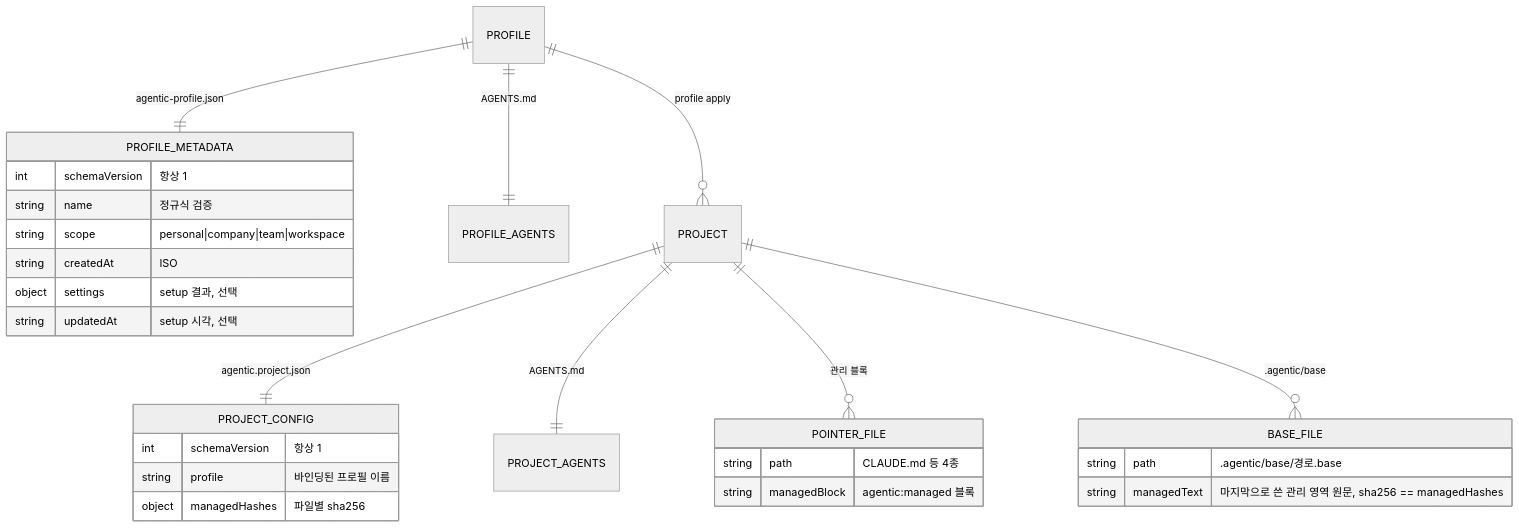
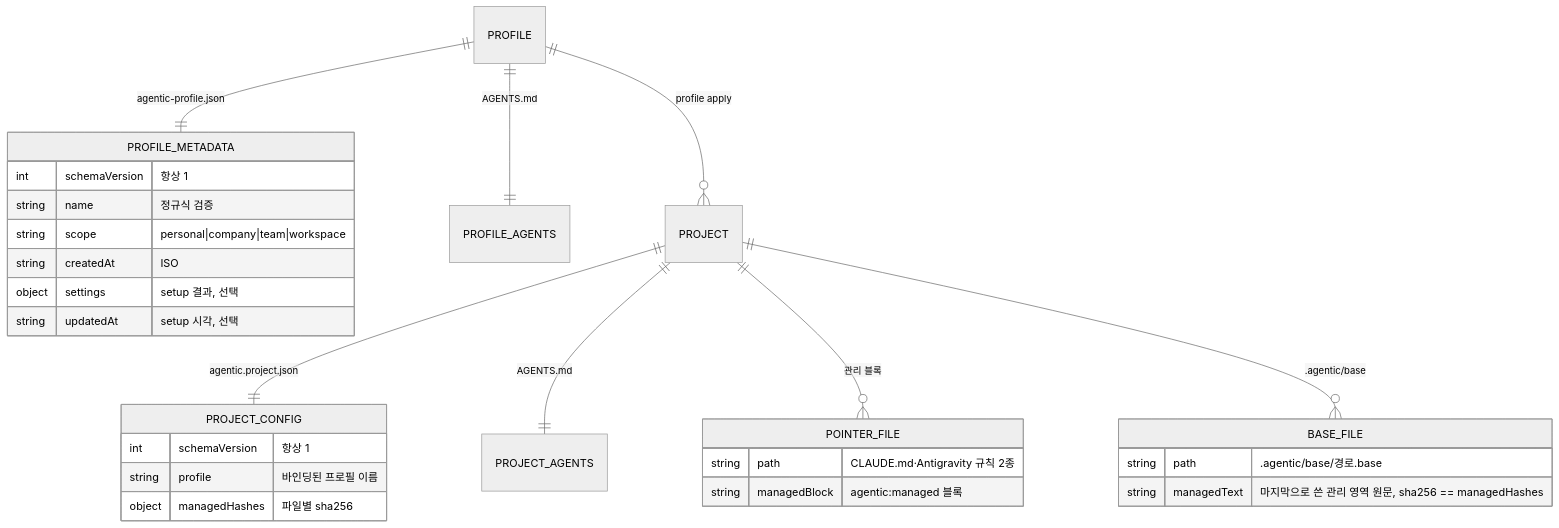
The third of 8 diagrams in docs/architecture/implementation-mechanics.md (IsthisLee/agent-context-manager), drawn with Mermaid (neutral theme) before and after one commit. The commit also changed other lines of this file and 31 other files, not shown here.

````diff
--- a/docs/architecture/implementation-mechanics.md
+++ b/docs/architecture/implementation-mechanics.md
@@ -133,31 +132,31 @@
 ```mermaid
 erDiagram
   PROFILE ||--|| PROFILE_METADATA : "agentic-profile.json"
   PROFILE ||--|| PROFILE_AGENTS : "AGENTS.md"
   PROFILE ||--o{ PROJECT : "profile apply"
   PROJECT ||--|| PROJECT_CONFIG : "agentic.project.json"
   PROJECT ||--|| PROJECT_AGENTS : "AGENTS.md"
   PROJECT ||--o{ POINTER_FILE : "관리 블록"
   PROJECT ||--o{ BASE_FILE : ".agentic/base"
   PROFILE_METADATA {
     int schemaVersion "항상 1"
     string name "정규식 검증"
     string scope "personal|company|team|workspace"
     string createdAt "ISO"
     object settings "setup 결과, 선택"
     string updatedAt "setup 시각, 선택"
   }
   PROJECT_CONFIG {
     int schemaVersion "항상 1"
     string profile "바인딩된 프로필 이름"
     object managedHashes "파일별 sha256"
   }
   POINTER_FILE {
-    string path "CLAUDE.md 등 4종"
+    string path "CLAUDE.md·Antigravity 규칙 2종"
     string managedBlock "agentic:managed 블록"
   }
   BASE_FILE {
     string path ".agentic/base/경로.base"
     string managedText "마지막으로 쓴 관리 영역 원문, sha256 == managedHashes"
   }
 ```
````
